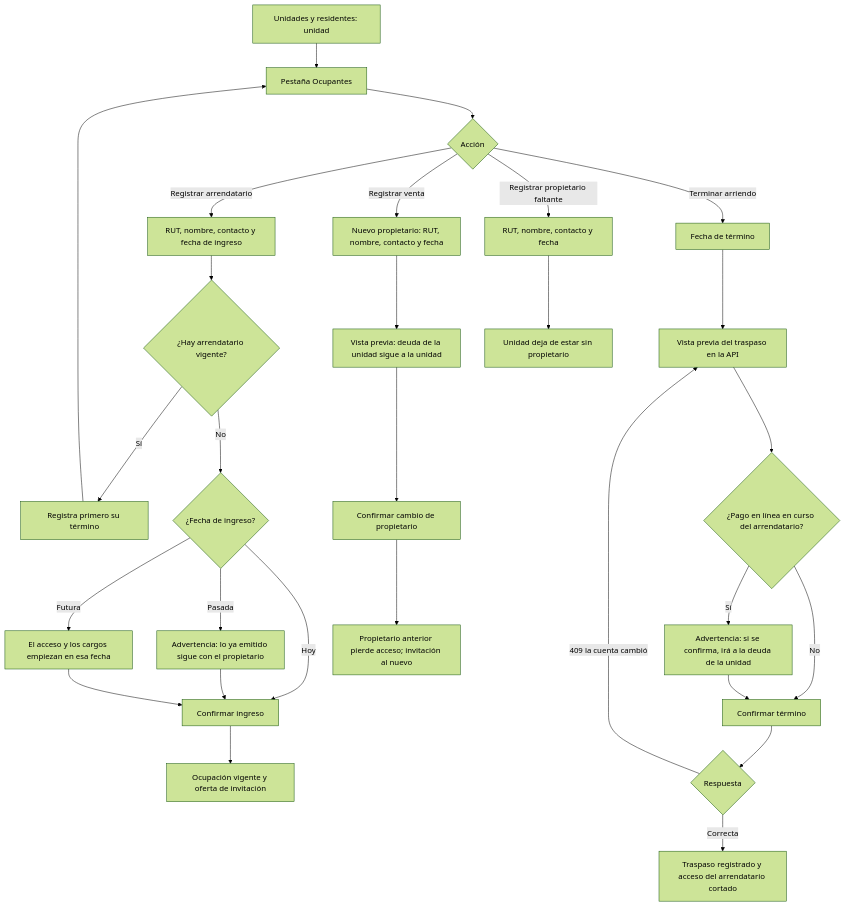
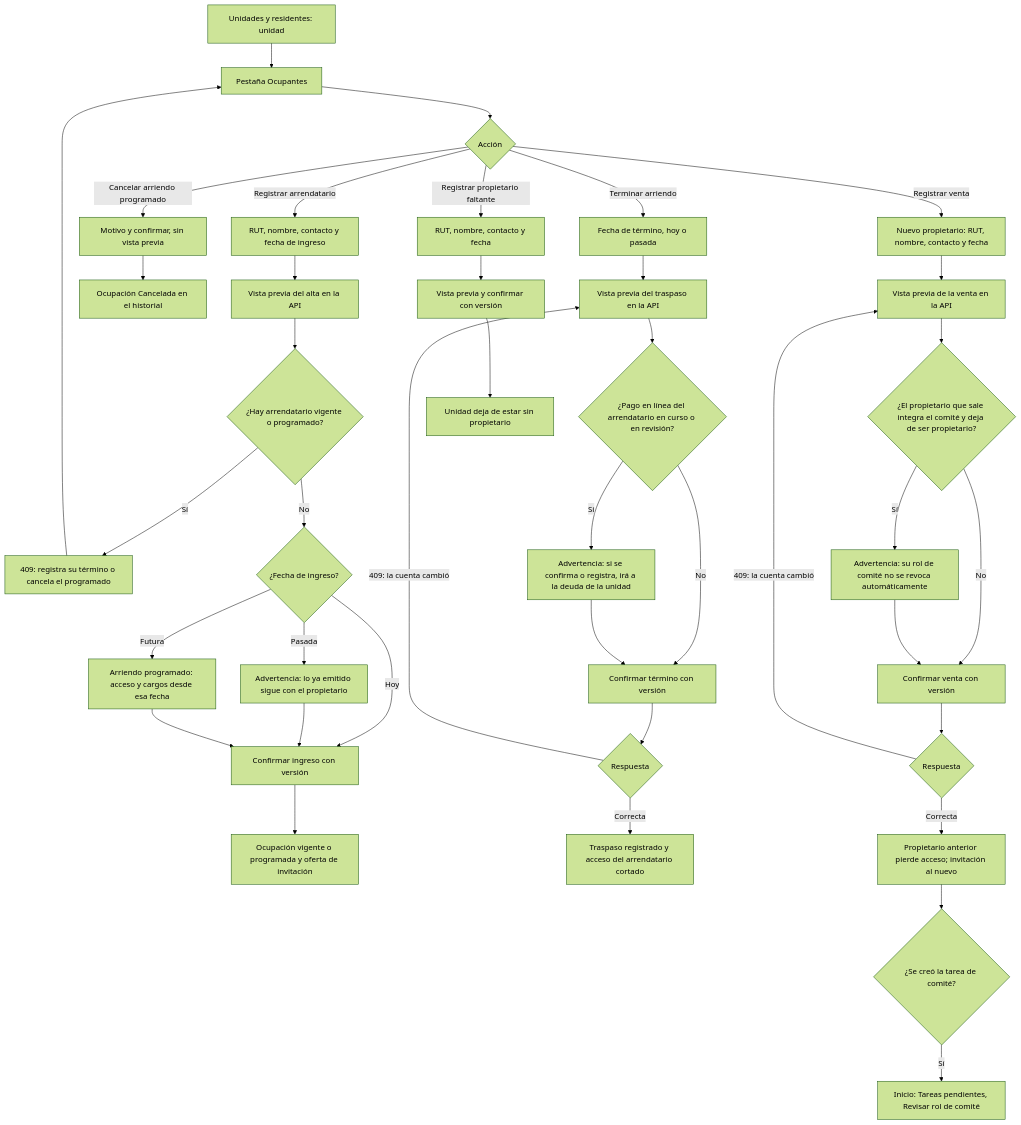
One commit to misterexcel/ComVive changed the diagram in docs/design/flujos/admin-ocupaciones.md. Above: the diagram before and after it, drawn with Mermaid (forest theme). The commit also changed other lines of this file and 17 other files, not shown here.

First line of the commit message:
docs: resolve design review 3 across spec, architecture, design and QA

````diff
--- a/docs/design/flujos/admin-ocupaciones.md
+++ b/docs/design/flujos/admin-ocupaciones.md
@@ -29,31 +36,42 @@
 ```mermaid
 flowchart TD
   A["Unidades y residentes: unidad"] --> B["Pestaña Ocupantes"]
   B --> C{"Acción"}
   C -->|Registrar arrendatario| D["RUT, nombre, contacto y fecha de ingreso"]
-  D --> D1{"¿Hay arrendatario vigente?"}
-  D1 -->|Sí| D2["Registra primero su término"]
+  D --> D0["Vista previa del alta en la API"]
+  D0 --> D1{"¿Hay arrendatario vigente o programado?"}
+  D1 -->|Sí| D2["409: registra su término o cancela el programado"]
   D2 --> B
   D1 -->|No| D3{"¿Fecha de ingreso?"}
   D3 -->|Pasada| D4["Advertencia: lo ya emitido sigue con el propietario"]
-  D3 -->|Futura| D5["El acceso y los cargos empiezan en esa fecha"]
-  D3 -->|Hoy| D6["Confirmar ingreso"]
+  D3 -->|Futura| D5["Arriendo programado: acceso y cargos desde esa fecha"]
+  D3 -->|Hoy| D6["Confirmar ingreso con versión"]
   D4 --> D6
   D5 --> D6
-  D6 --> D7["Ocupación vigente y oferta de invitación"]
-  C -->|Terminar arriendo| E["Fecha de término"]
+  D6 --> D7["Ocupación vigente o programada y oferta de invitación"]
+  C -->|Cancelar arriendo programado| X["Motivo y confirmar, sin vista previa"]
+  X --> X1["Ocupación Cancelada en el historial"]
+  C -->|Terminar arriendo| E["Fecha de término, hoy o pasada"]
   E --> E1["Vista previa del traspaso en la API"]
-  E1 --> E2{"¿Pago en línea en curso del arrendatario?"}
-  E2 -->|Sí| E3["Advertencia: si se confirma, irá a la deuda de la unidad"]
-  E2 -->|No| E4["Confirmar término"]
+  E1 --> E2{"¿Pago en línea del arrendatario en curso o en revisión?"}
+  E2 -->|Sí| E3["Advertencia: si se confirma o registra, irá a la deuda de la unidad"]
+  E2 -->|No| E4["Confirmar término con versión"]
   E3 --> E4
   E4 --> E5{"Respuesta"}
-  E5 -->|409 la cuenta cambió| E1
+  E5 -->|409: la cuenta cambió| E1
   E5 -->|Correcta| E6["Traspaso registrado y acceso del arrendatario cortado"]
   C -->|Registrar venta| F["Nuevo propietario: RUT, nombre, contacto y fecha"]
-  F --> F1["Vista previa: deuda de la unidad sigue a la unidad"]
-  F1 --> F2["Confirmar cambio de propietario"]
-  F2 --> F3["Propietario anterior pierde acceso; invitación al nuevo"]
+  F --> F1["Vista previa de la venta en la API"]
+  F1 --> F4{"¿El propietario que sale integra el comité y deja de ser propietario?"}
+  F4 -->|Sí| F5["Advertencia: su rol de comité no se revoca automáticamente"]
+  F4 -->|No| F2["Confirmar venta con versión"]
+  F5 --> F2
+  F2 --> F6{"Respuesta"}
+  F6 -->|409: la cuenta cambió| F1
+  F6 -->|Correcta| F3["Propietario anterior pierde acceso; invitación al nuevo"]
+  F3 --> F7{"¿Se creó la tarea de comité?"}
+  F7 -->|Sí| F8["Inicio: Tareas pendientes, Revisar rol de comité"]
   C -->|Registrar propietario faltante| G["RUT, nombre, contacto y fecha"]
-  G --> G1["Unidad deja de estar sin propietario"]
+  G --> G0["Vista previa y confirmar con versión"]
+  G0 --> G1["Unidad deja de estar sin propietario"]
 ```
````
